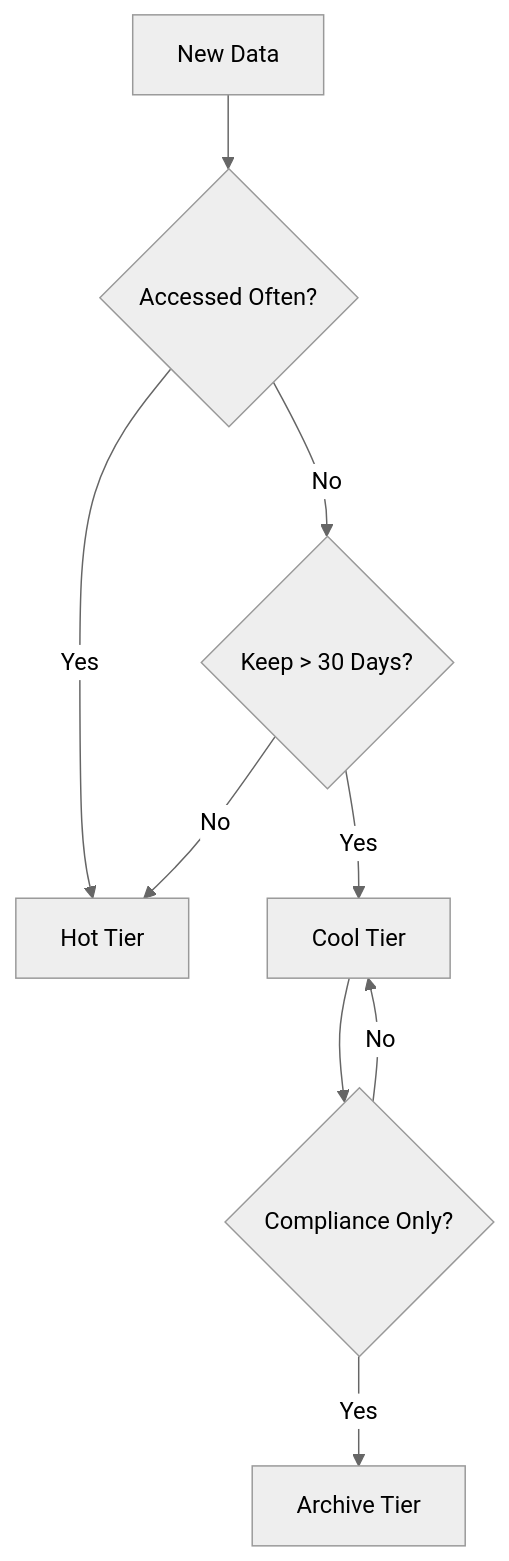
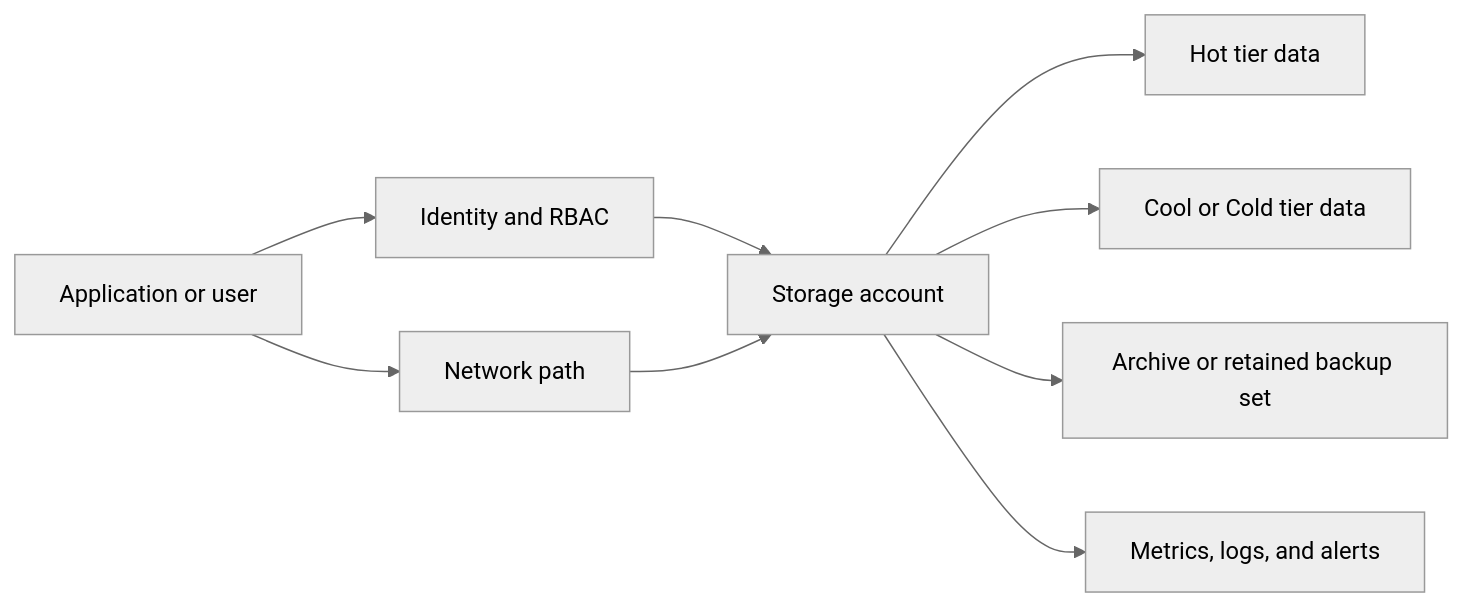
One commit to yeongseon/azure-storage-practical-guide changed the second of 2 diagrams in docs/best-practices/cost-optimization-best-practices.md. Above: the diagram before and after it, drawn with Mermaid (neutral theme). The commit also changed other lines of this file and 26 other files, not shown here.

````diff
--- a/docs/best-practices/cost-optimization-best-practices.md
+++ b/docs/best-practices/cost-optimization-best-practices.md
@@ -18,11 +401,11 @@
 ```mermaid
-graph TD
-    A[New Data] --> B{Accessed Often?}
-    B -->|Yes| C[Hot Tier]
-    B -->|No| D{Keep > 30 Days?}
-    D -->|Yes| E[Cool Tier]
-    D -->|No| C
-    E --> F{Compliance Only?}
-    F -->|Yes| G[Archive Tier]
-    F -->|No| E
+flowchart LR
+    A[Application or user] --> B[Identity and RBAC]
+    A --> C[Network path]
+    B --> D[Storage account]
+    C --> D
+    D --> E[Hot tier data]
+    D --> F[Cool or Cold tier data]
+    D --> G[Archive or retained backup set]
+    D --> H[Metrics, logs, and alerts]
 ```
````
